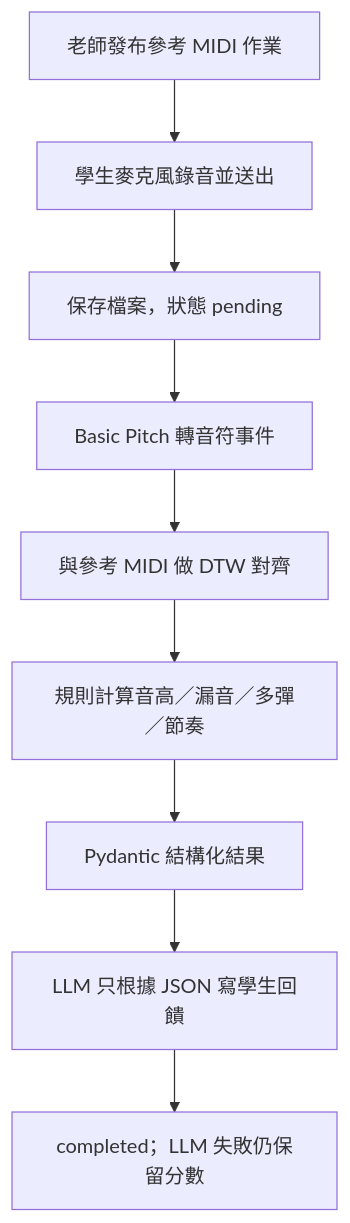
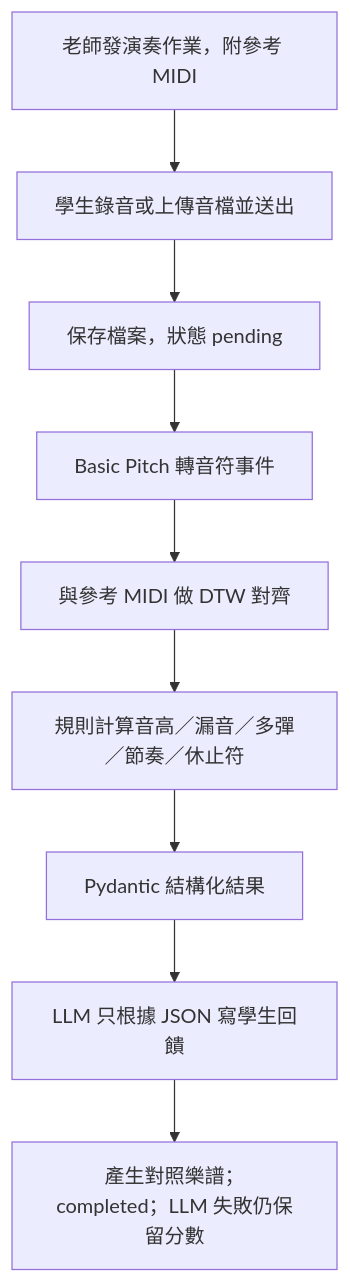
One commit to AnChen1026/AIPE04_group3 changed the second of 3 diagrams in docs/SAD系統架構設計.md. Above: the diagram before and after it, drawn with Mermaid. The commit also changed other lines of this file and 40 other files, not shown here.

````diff
--- a/docs/SAD系統架構設計.md
+++ b/docs/SAD系統架構設計.md
@@ -154,11 +158,11 @@
 ```mermaid
 flowchart TD
-    A[老師發布參考 MIDI 作業] --> B[學生麥克風錄音並送出]
+    A[老師發演奏作業，附參考 MIDI] --> B[學生錄音或上傳音檔並送出]
     B --> C[保存檔案，狀態 pending]
     C --> D[Basic Pitch 轉音符事件]
     D --> E[與參考 MIDI 做 DTW 對齊]
-    E --> F[規則計算音高／漏音／多彈／節奏]
+    E --> F[規則計算音高／漏音／多彈／節奏／休止符]
     F --> G[Pydantic 結構化結果]
     G --> H[LLM 只根據 JSON 寫學生回饋]
-    H --> I[completed；LLM 失敗仍保留分數]
+    H --> I[產生對照樂譜；completed；LLM 失敗仍保留分數]
 ```
````
